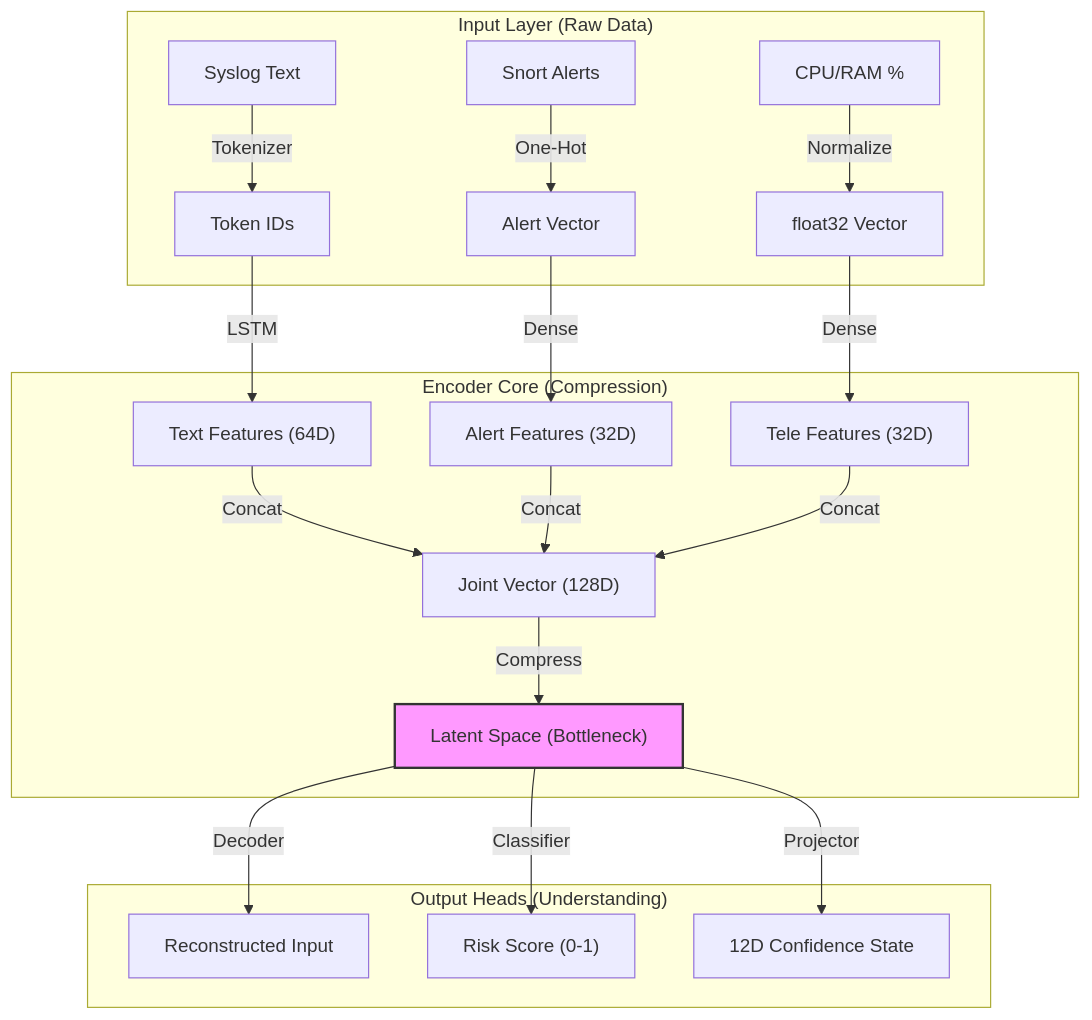
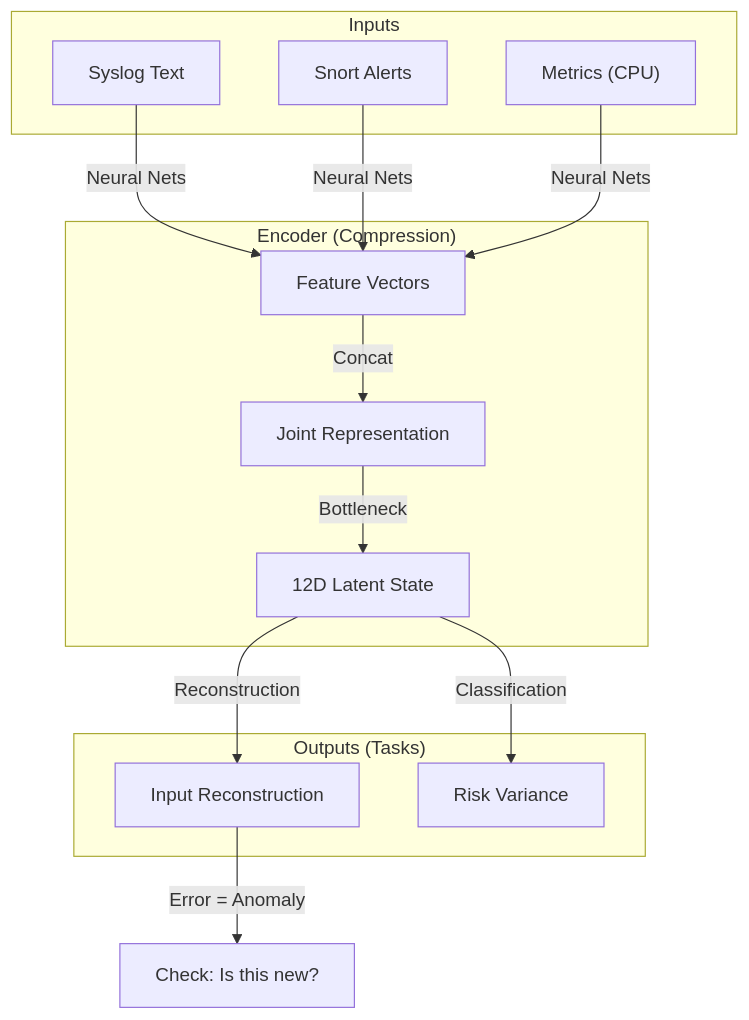
The third of 7 diagrams in README.md (didi-09/AI_DRIVEN_SOAR), drawn with Mermaid before and after one commit. The commit also changed other lines of this file, not shown here.

````diff
--- a/README.md
+++ b/README.md
@@ -56,25 +65,19 @@
 ```mermaid
 graph TD
-    subgraph "Input Layer (Raw Data)"
-        Logs["Syslog Text"] -->|Tokenizer| Tokens["Token IDs"]
-        Alerts["Snort Alerts"] -->|One-Hot| AlertVec["Alert Vector"]
-        Telemetry["CPU/RAM %"] -->|Normalize| TeleVec["float32 Vector"]
+    subgraph "Inputs"
+        T["Syslog Text"] & A["Snort Alerts"] & M["Metrics (CPU)"]
     end
 
-    subgraph "Encoder Core (Compression)"
-        Tokens -->|LSTM| TextFeat["Text Features (64D)"]
-        AlertVec -->|Dense| AlertFeat["Alert Features (32D)"]
-        TeleVec -->|Dense| TeleFeat["Tele Features (32D)"]
-        
-        TextFeat & AlertFeat & TeleFeat -->|Concat| Joint["Joint Vector (128D)"]
-        Joint -->|Compress| Latent["Latent Space (Bottleneck)"]
+    subgraph "Encoder (Compression)"
+        T & A & M -->|Neural Nets| Features["Feature Vectors"]
+        Features -->|Concat| Joint["Joint Representation"]
+        Joint -->|Bottleneck| State["12D Latent State"]
     end
 
-    subgraph "Output Heads (Understanding)"
-        Latent -->|Decoder| Recon["Reconstructed Input"]
-        Latent -->|Classifier| Risk["Risk Score (0-1)"]
-        Latent -->|Projector| State["12D Confidence State"]
+    subgraph "Outputs (Tasks)"
+        State -->|Reconstruction| Recon["Input Reconstruction"]
+        State -->|Classification| Class["Risk Variance"]
     end
 
-    style Latent fill:#f9f,stroke:#333,stroke-width:2px
+    Recon -->|Error = Anomaly| Anomaly["Check: Is this new?"]
 ```
````
